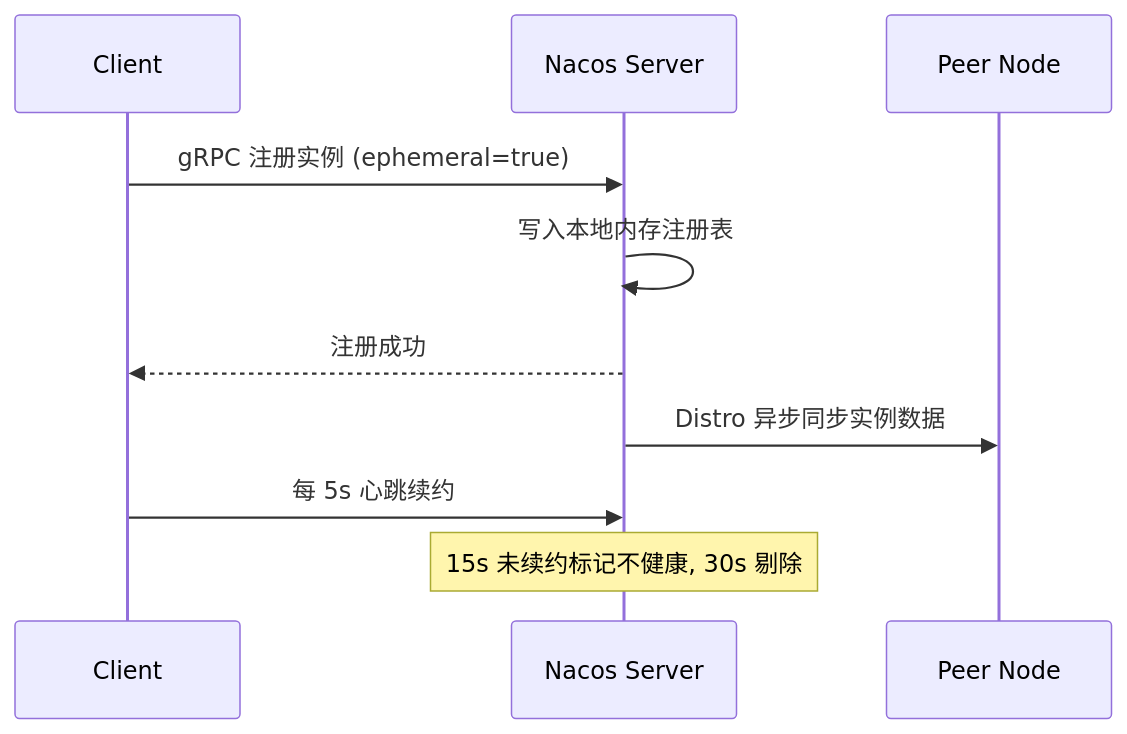
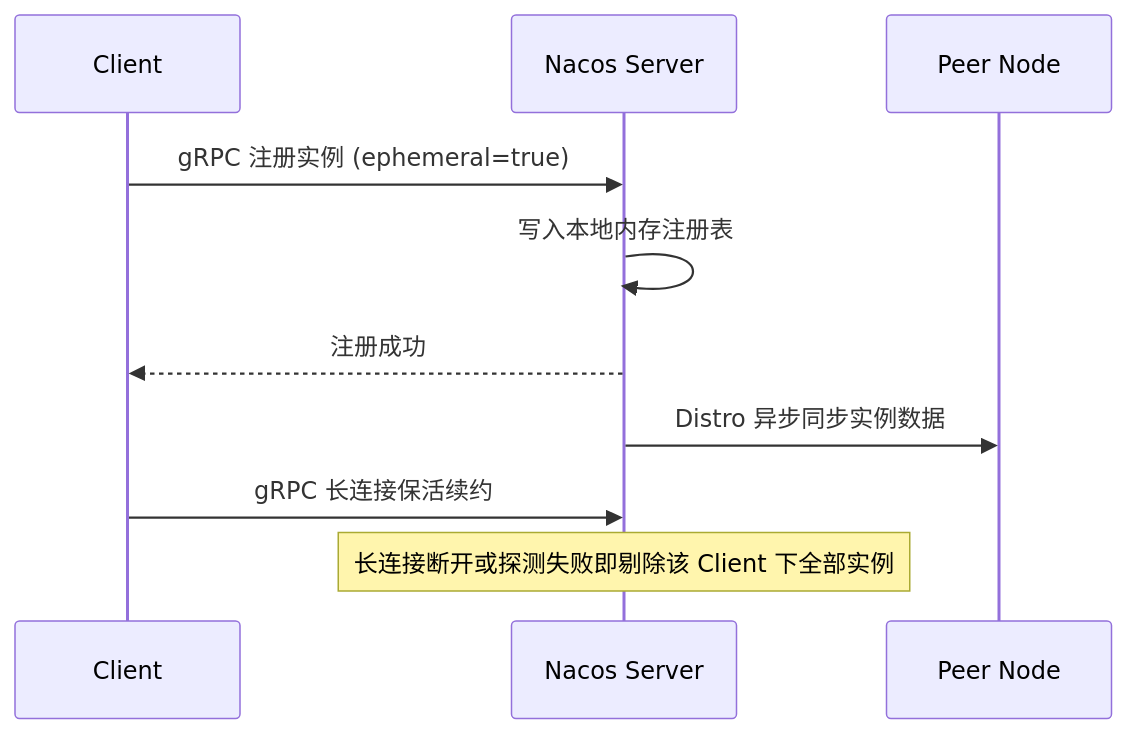
One commit to fanyajun186/java-interview-prep changed the first of 3 diagrams in notebook/spring-distributed/spring-distributed-nacos.md. Above: the diagram before and after it, drawn with Mermaid. The commit also changed other lines of this file and 32 other files, not shown here.

````diff
--- a/notebook/spring-distributed/spring-distributed-nacos.md
+++ b/notebook/spring-distributed/spring-distributed-nacos.md
@@ -31,12 +49,12 @@
 ```mermaid
 sequenceDiagram
     participant C as Client
     participant S as Nacos Server
     participant P as Peer Node
     C->>S: gRPC 注册实例 (ephemeral=true)
     S->>S: 写入本地内存注册表
     S-->>C: 注册成功
     S->>P: Distro 异步同步实例数据
-    C->>S: 每 5s 心跳续约
-    Note over S: 15s 未续约标记不健康, 30s 剔除
+    C->>S: gRPC 长连接保活续约
+    Note over S: 长连接断开或探测失败即剔除该 Client 下全部实例
 ```
````
